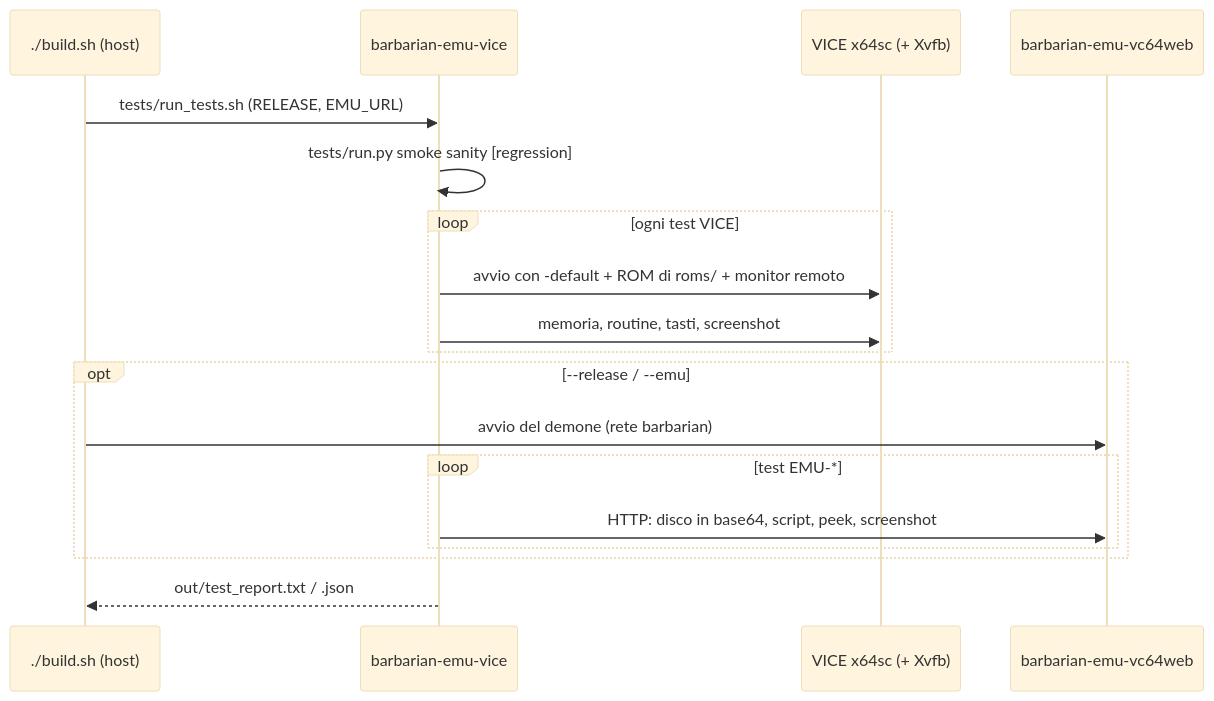
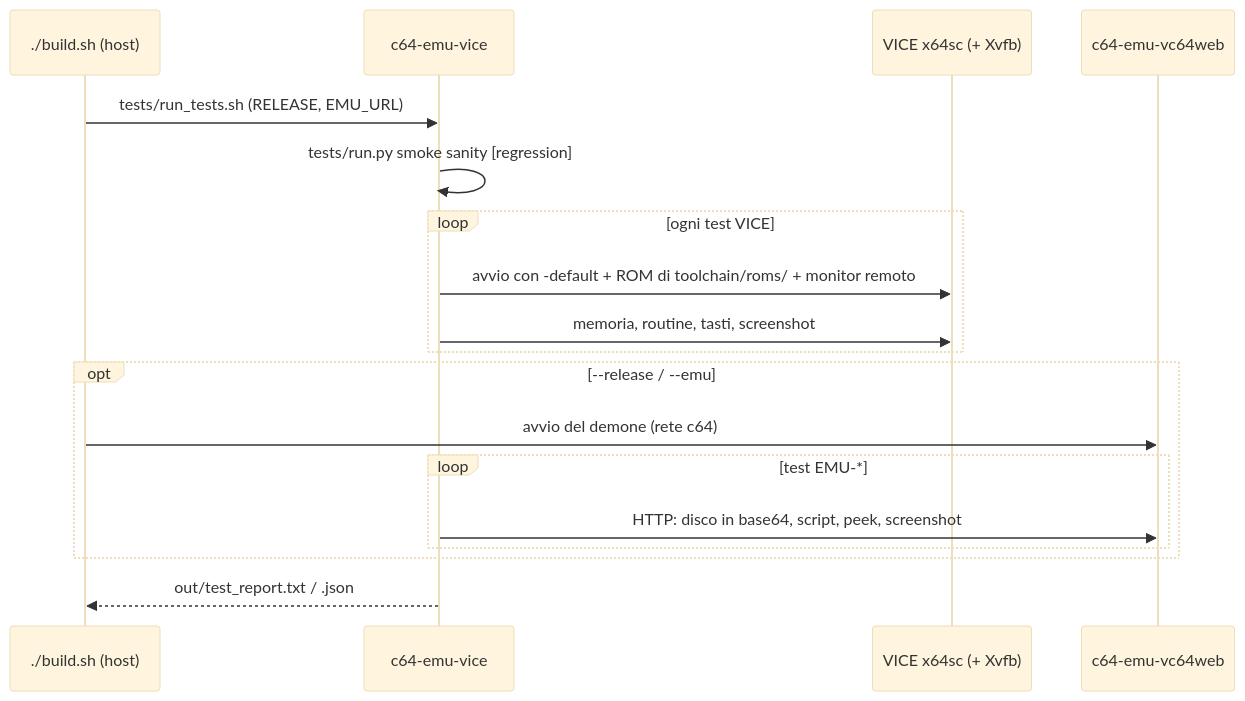
One commit to caporalesimone/barbarian-the-blood-path changed the third of 3 diagrams in docs/getting-started.md. Above: the diagram before and after it, drawn with Mermaid (base theme). The commit also changed other lines of this file and 209 other files, not shown here.

````diff
--- a/docs/getting-started.md
+++ b/docs/getting-started.md
@@ -111,20 +118,20 @@
 ```mermaid
 sequenceDiagram
   participant H as ./build.sh (host)
-  participant V as barbarian-emu-vice
+  participant V as c64-emu-vice
   participant X as VICE x64sc (+ Xvfb)
-  participant W as barbarian-emu-vc64web
+  participant W as c64-emu-vc64web
   H->>V: tests/run_tests.sh (RELEASE, EMU_URL)
   V->>V: tests/run.py smoke sanity [regression]
   loop ogni test VICE
-    V->>X: avvio con -default + ROM di roms/ + monitor remoto
+    V->>X: avvio con -default + ROM di toolchain/roms/ + monitor remoto
     V->>X: memoria, routine, tasti, screenshot
   end
   opt --release / --emu
-    H->>W: avvio del demone (rete barbarian)
+    H->>W: avvio del demone (rete c64)
     loop test EMU-*
       V->>W: HTTP: disco in base64, script, peek, screenshot
     end
   end
   V-->>H: out/test_report.txt / .json
 ```
````
